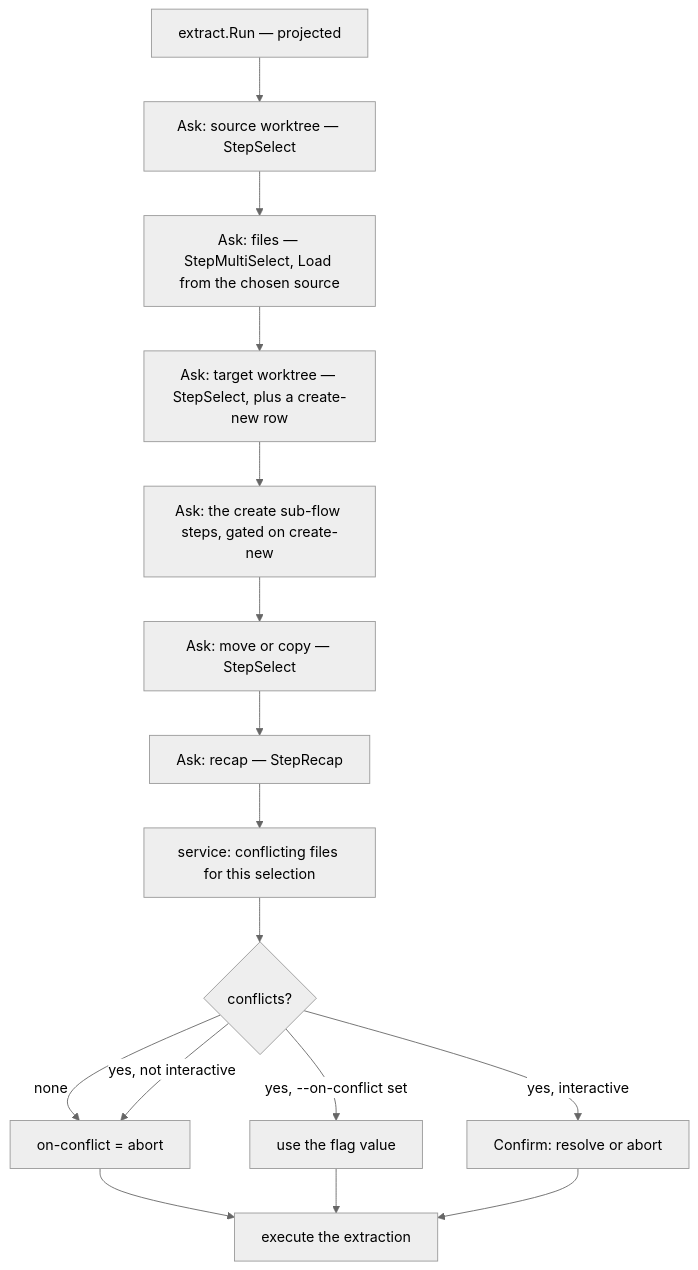
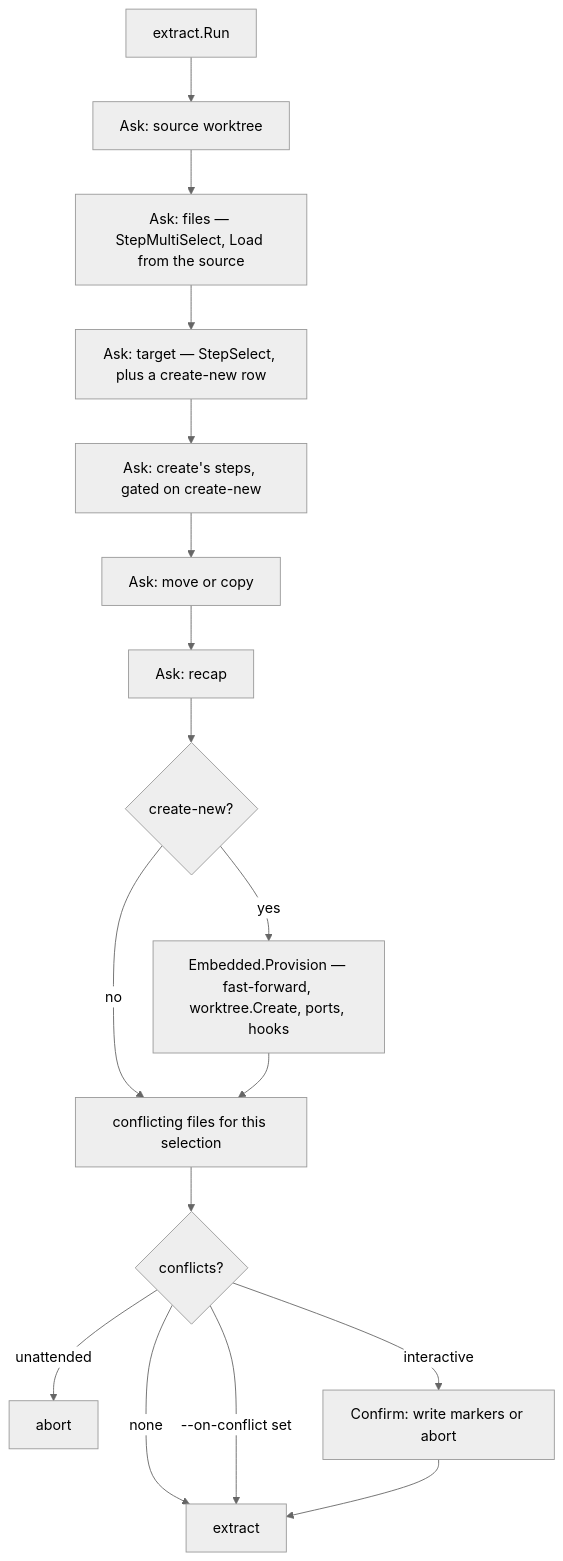
One commit to LucasPcq/wtm changed the diagram in docs/dev/flow-layer.md. Above: the diagram before and after it, drawn with Mermaid (neutral theme). The commit also changed other lines of this file and 461 other files, not shown here.

First line of the commit message:
Release v0.29.0: the worktree event bus, batch create/clean and wtm exec (#133)

````diff
--- a/docs/dev/flow-layer.md
+++ b/docs/dev/flow-layer.md
@@ -421,18 +247,19 @@
 ```mermaid
 flowchart TD
-  A["extract.Run — projected"] --> B["Ask: source worktree — StepSelect"]
-  B --> C["Ask: files — StepMultiSelect, Load from the chosen source"]
-  C --> D["Ask: target worktree — StepSelect, plus a create-new row"]
-  D --> E["Ask: the create sub-flow steps, gated on create-new"]
-  E --> F["Ask: move or copy — StepSelect"]
-  F --> G["Ask: recap — StepRecap"]
-  G --> H["service: conflicting files for this selection"]
+  A["extract.Run"] --> B["Ask: source worktree"]
+  B --> C["Ask: files — StepMultiSelect, Load from the source"]
+  C --> D["Ask: target — StepSelect, plus a create-new row"]
+  D --> E["Ask: create's steps, gated on create-new"]
+  E --> F["Ask: move or copy"]
+  F --> G["Ask: recap"]
+  G --> P{"create-new?"}
+  P -- yes --> Q["Embedded.Provision — fast-forward, worktree.Create, ports, hooks"]
+  P -- no --> H
+  Q --> H["conflicting files for this selection"]
   H --> I{"conflicts?"}
-  I -- none --> J["on-conflict = abort"]
-  I -- "yes, --on-conflict set" --> K["use the flag value"]
-  I -- "yes, not interactive" --> J
-  I -- "yes, interactive" --> L["Confirm: resolve or abort"]
-  J --> M["execute the extraction"]
-  K --> M
+  I -- none --> M["extract"]
+  I -- "--on-conflict set" --> M
+  I -- "unattended" --> J["abort"]
+  I -- "interactive" --> L["Confirm: write markers or abort"]
   L --> M
 ```
````
